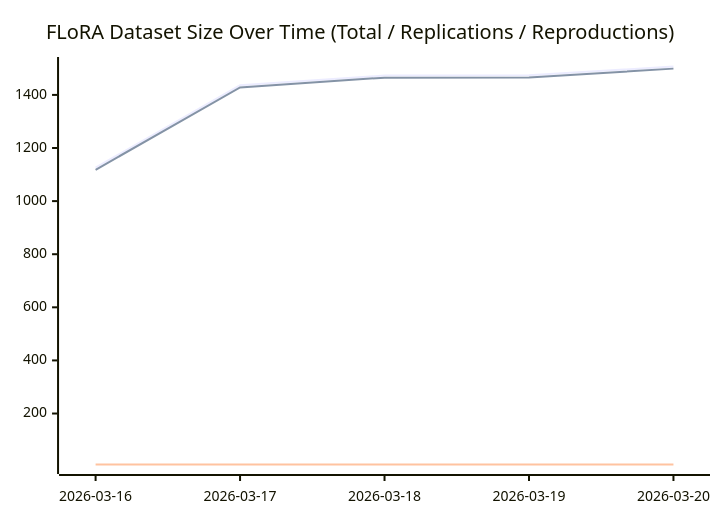
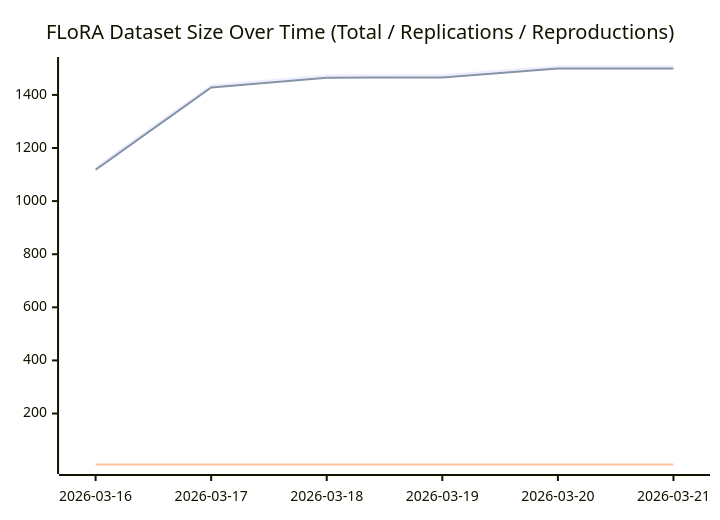
Before and after one commit to forrtproject/fred-data: the diagram in README.md, drawn with Mermaid. The commit also changed other lines of this file, not shown here.

Commit message:
Update flora.csv [automated]

````diff
--- a/README.md
+++ b/README.md
@@ -441,8 +441,8 @@
 ```mermaid
 xychart-beta
     title "FLoRA Dataset Size Over Time (Total / Replications / Reproductions)"
-    x-axis ["2026-03-16", "2026-03-17", "2026-03-18", "2026-03-19", "2026-03-20"]
-    line [1126, 1436, 1473, 1474, 1507]
-    line [1118, 1428, 1465, 1466, 1499]
-    line [8, 8, 8, 8, 8]
+    x-axis ["2026-03-16", "2026-03-17", "2026-03-18", "2026-03-19", "2026-03-20", "2026-03-21"]
+    line [1126, 1436, 1473, 1474, 1507, 1507]
+    line [1118, 1428, 1465, 1466, 1499, 1499]
+    line [8, 8, 8, 8, 8, 8]
 ```
````
